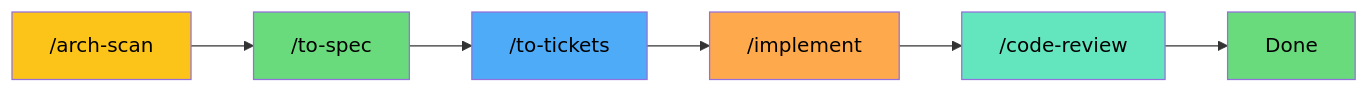
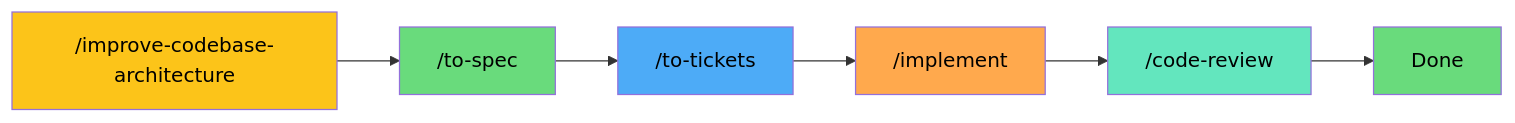
One commit to elisharkray1030/ai-coding-workflow changed the fourth of 12 diagrams in README.md. Above: the diagram before and after it, drawn with Mermaid. The commit also changed other lines of this file, not shown here.

First line of the commit message:
fix: update model table and correct pipeline diagram labels (#1)

````diff
--- a/README.md
+++ b/README.md
@@ -117,21 +117,21 @@
 ```mermaid
 graph LR
-    AS[ /arch-scan] --> SP[ /to-spec]
+    AS[ /improve-codebase-architecture] --> SP[ /to-spec]
     SP --> TK[ /to-tickets]
     TK --> IM[ /implement]
     IM --> CR[ /code-review]
     CR --> DN[Done]
 
     classDef yellow fill:#fcc419,color:#000
     classDef green fill:#69db7c,color:#000
     classDef blue fill:#4dabf7,color:#000
     classDef orange fill:#ffa94d,color:#000
     classDef teal fill:#63e6be,color:#000
 
     class AS yellow
     class SP green
     class TK blue
     class IM orange
     class CR teal
     class DN green
 ```
````
